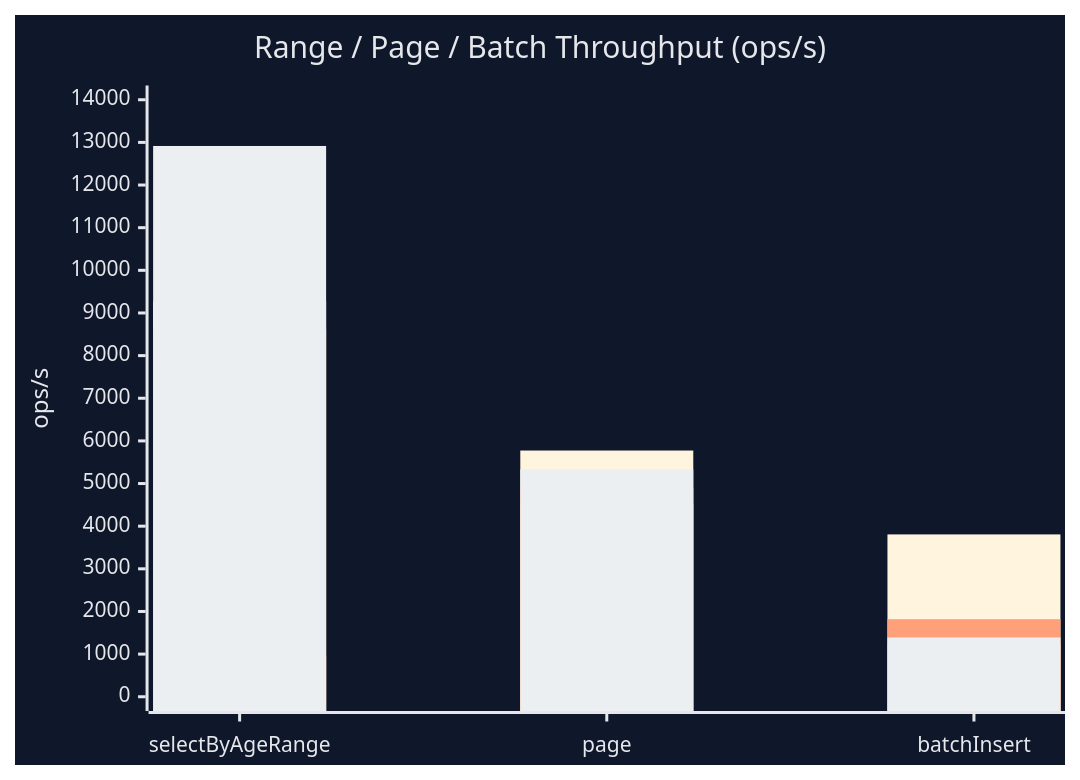
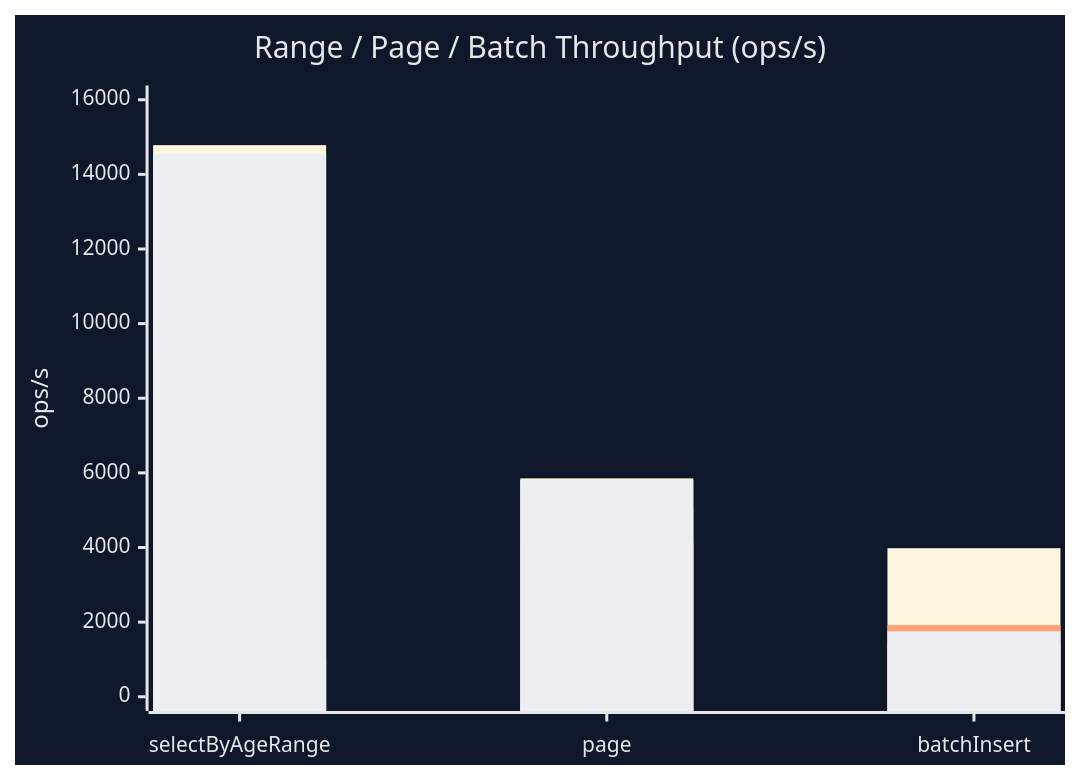
Before and after one commit to nicleo779/kora: the second of 2 diagrams in README.md, drawn with Mermaid. The commit also changed other lines of this file and 80 other files, not shown here.

````diff
--- a/README.md
+++ b/README.md
@@ -547,11 +578,11 @@
 ```mermaid
 %%{init: {"theme":"base","themeVariables":{"background":"#0f172a","primaryColor":"#2563eb","secondaryColor":"#f97316","tertiaryColor":"#22c55e","primaryTextColor":"#e5e7eb","secondaryTextColor":"#e5e7eb","tertiaryTextColor":"#e5e7eb","lineColor":"#94a3b8","textColor":"#e5e7eb","mainBkg":"#0f172a","fontFamily":"ui-sans-serif"}}}%%
 xychart-beta
     title "Range / Page / Batch Throughput (ops/s)"
     x-axis ["selectByAgeRange", "page", "batchInsert"]
-    y-axis "ops/s" 0 --> 14000
-    bar [9280, 5774, 3807]
-    bar [954, 4527, 1240]
-    bar [8620, 4907, 1819]
-    bar [12916, 5330, 1390]
+    y-axis "ops/s" 0 --> 16000
+    bar [14783, 5852, 3981]
+    bar [1016, 4128, 1411]
+    bar [9038, 5094, 1921]
+    bar [14553, 5805, 1754]
 ```
````
